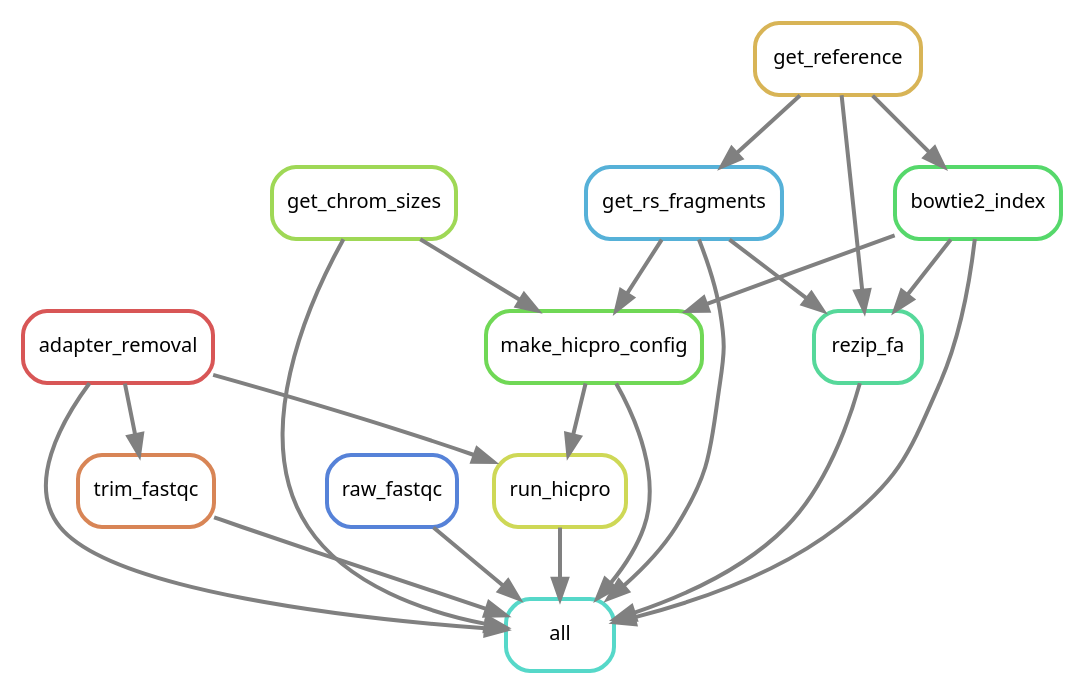
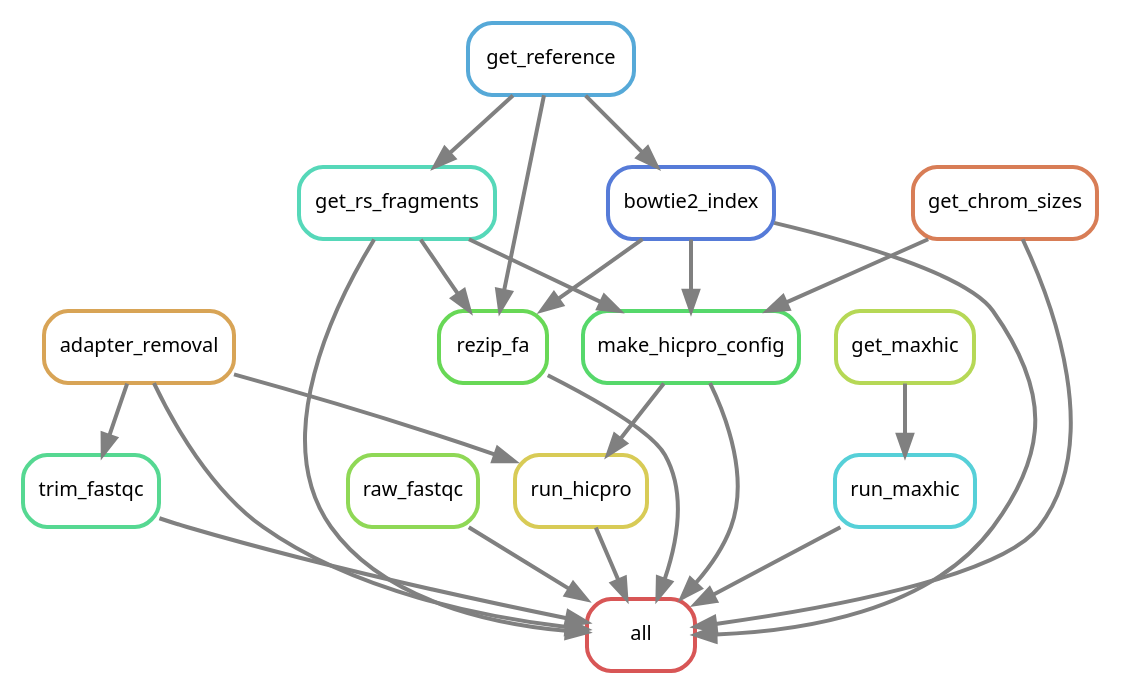
One commit to DRMCRL/ENCODE_T47D_HiC_ENCSR549MGQ changed the diagram in output/rulegraph.dot. Above: the diagram before and after it, drawn with Graphviz. The commit also changed 3 other files, not shown here.

```diff
--- a/output/rulegraph.dot
+++ b/output/rulegraph.dot
@@ -1,36 +1,40 @@
 digraph snakemake_dag {
     graph[bgcolor=white, margin=0];
     node[shape=box, style=rounded, fontname=sans,                 fontsize=10, penwidth=2];
     edge[penwidth=2, color=grey];
-	0[label = "all", color = "0.48 0.6 0.85", style="rounded"];
-	1[label = "run_hicpro", color = "0.18 0.6 0.85", style="rounded"];
-	2[label = "trim_fastqc", color = "0.06 0.6 0.85", style="rounded"];
-	3[label = "get_chrom_sizes", color = "0.24 0.6 0.85", style="rounded"];
-	4[label = "raw_fastqc", color = "0.61 0.6 0.85", style="rounded"];
-	5[label = "bowtie2_index", color = "0.36 0.6 0.85", style="rounded"];
-	6[label = "adapter_removal", color = "0.00 0.6 0.85", style="rounded"];
-	7[label = "get_rs_fragments", color = "0.55 0.6 0.85", style="rounded"];
-	8[label = "rezip_fa", color = "0.42 0.6 0.85", style="rounded"];
-	9[label = "make_hicpro_config", color = "0.30 0.6 0.85", style="rounded"];
-	10[label = "get_reference", color = "0.12 0.6 0.85", style="rounded"];
+	0[label = "all", color = "0.00 0.6 0.85", style="rounded"];
+	1[label = "run_hicpro", color = "0.15 0.6 0.85", style="rounded"];
+	2[label = "trim_fastqc", color = "0.41 0.6 0.85", style="rounded"];
+	3[label = "bowtie2_index", color = "0.62 0.6 0.85", style="rounded"];
+	4[label = "raw_fastqc", color = "0.26 0.6 0.85", style="rounded"];
+	5[label = "adapter_removal", color = "0.10 0.6 0.85", style="rounded"];
+	6[label = "run_maxhic", color = "0.51 0.6 0.85", style="rounded"];
+	7[label = "get_rs_fragments", color = "0.46 0.6 0.85", style="rounded"];
+	8[label = "rezip_fa", color = "0.31 0.6 0.85", style="rounded"];
+	9[label = "make_hicpro_config", color = "0.36 0.6 0.85", style="rounded"];
+	10[label = "get_chrom_sizes", color = "0.05 0.6 0.85", style="rounded"];
+	11[label = "get_reference", color = "0.56 0.6 0.85", style="rounded"];
+	12[label = "get_maxhic", color = "0.21 0.6 0.85", style="rounded"];
+	10 -> 0
+	5 -> 0
+	1 -> 0
+	4 -> 0
+	8 -> 0
+	9 -> 0
+	2 -> 0
+	7 -> 0
 	6 -> 0
-	2 -> 0
-	1 -> 0
 	3 -> 0
-	9 -> 0
-	5 -> 0
-	8 -> 0
-	7 -> 0
-	4 -> 0
+	5 -> 1
 	9 -> 1
-	6 -> 1
-	6 -> 2
-	10 -> 5
-	10 -> 7
+	5 -> 2
+	11 -> 3
+	12 -> 6
+	11 -> 7
 	7 -> 8
-	10 -> 8
-	5 -> 8
+	11 -> 8
+	3 -> 8
+	10 -> 9
+	7 -> 9
 	3 -> 9
-	7 -> 9
-	5 -> 9
 }            
```
